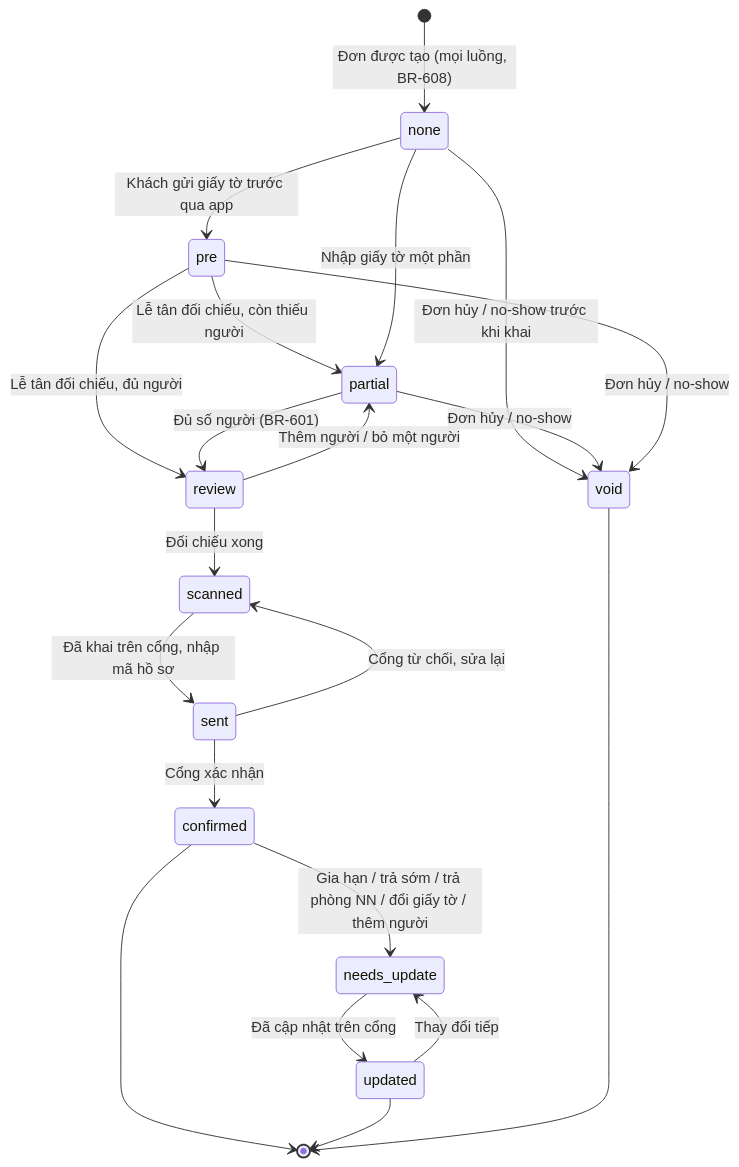
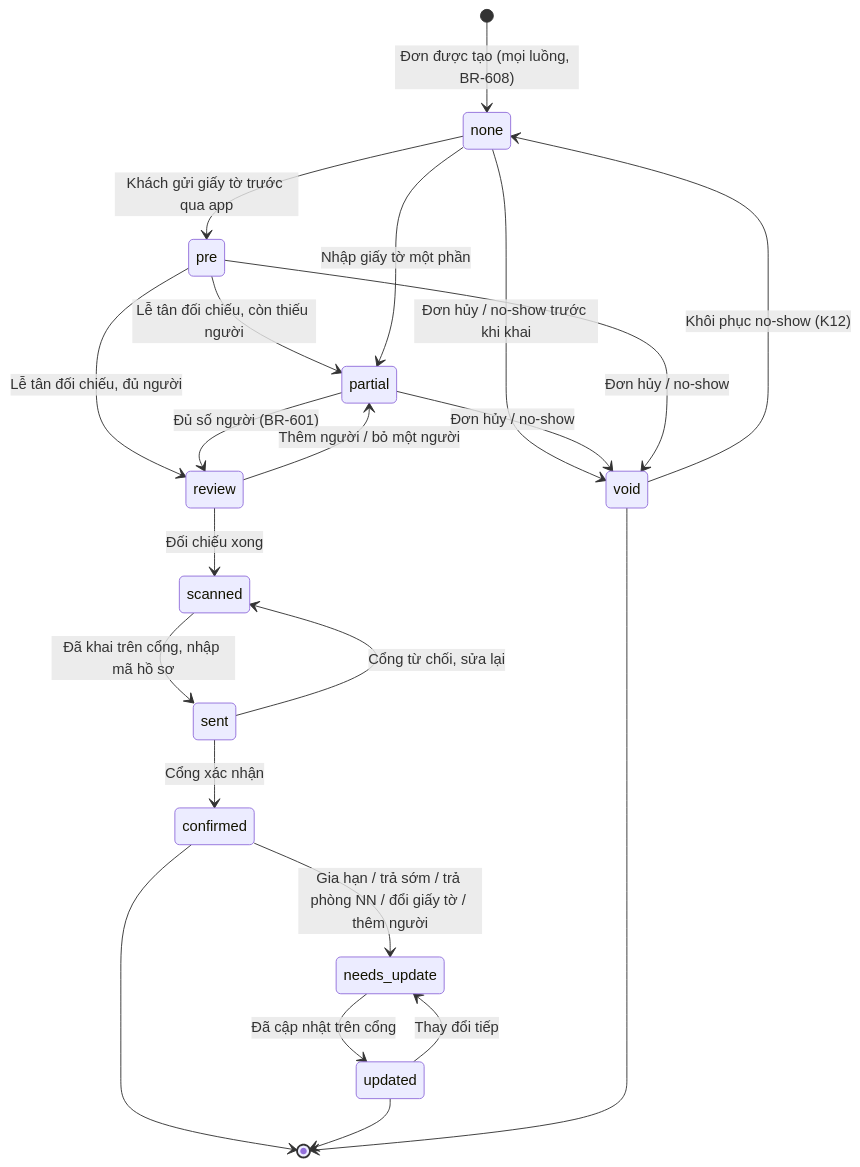
Before and after one commit to anhvh93-tech/ottimo-hotel-app-public: the fifth of 9 diagrams in product/docs/state-machines.md, drawn with Mermaid. The commit also changed other lines of this file and 105 other files, not shown here.

````diff
--- a/product/docs/state-machines.md
+++ b/product/docs/state-machines.md
@@ -233,23 +248,24 @@
 ```mermaid
 stateDiagram-v2
     [*] --> none: Đơn được tạo (mọi luồng, BR-608)
     none --> pre: Khách gửi giấy tờ trước qua app
     pre --> partial: Lễ tân đối chiếu, còn thiếu người
     pre --> review: Lễ tân đối chiếu, đủ người
     none --> partial: Nhập giấy tờ một phần
     partial --> review: Đủ số người (BR-601)
     review --> partial: Thêm người / bỏ một người
     review --> scanned: Đối chiếu xong
     scanned --> sent: Đã khai trên cổng, nhập mã hồ sơ
     sent --> confirmed: Cổng xác nhận
     sent --> scanned: Cổng từ chối, sửa lại
     confirmed --> needs_update: Gia hạn / trả sớm / trả phòng NN / đổi giấy tờ / thêm người
     needs_update --> updated: Đã cập nhật trên cổng
     updated --> needs_update: Thay đổi tiếp
     none --> void: Đơn hủy / no-show trước khi khai
     partial --> void: Đơn hủy / no-show
     pre --> void: Đơn hủy / no-show
+    void --> none: Khôi phục no-show (K12)
     confirmed --> [*]
     updated --> [*]
     void --> [*]
 ```
````
